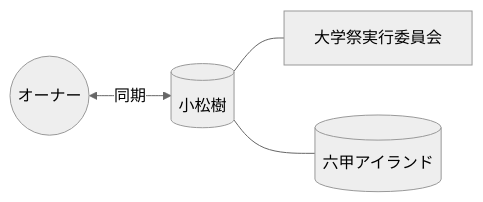
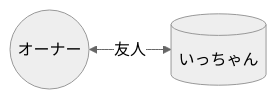
Before and after one commit to iamsaito0129-web/AI-Company: the diagram in company/hr/members/小松樹.md, drawn with Mermaid (neutral theme). The commit also changed other lines of this file and 34 other files, not shown here.

````diff
--- a/company/hr/members/小松樹.md
+++ b/company/hr/members/小松樹.md
@@ -30,6 +18,4 @@
 ```mermaid
 graph LR
-    Owner((オーナー)) <--> |同期| Member[(小松樹)]
-    Member --- Community[大学祭実行委員会]
-    Member --- Base[(六甲アイランド)]
+    Owner((オーナー)) <--> |友人| Member[(いっちゃん)]
 ```
````
